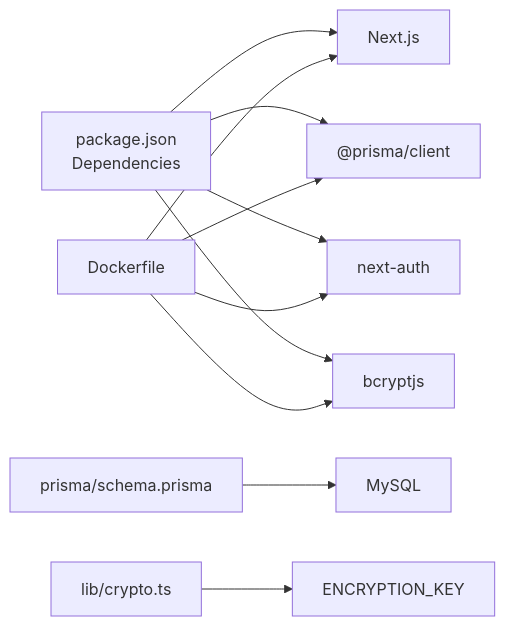
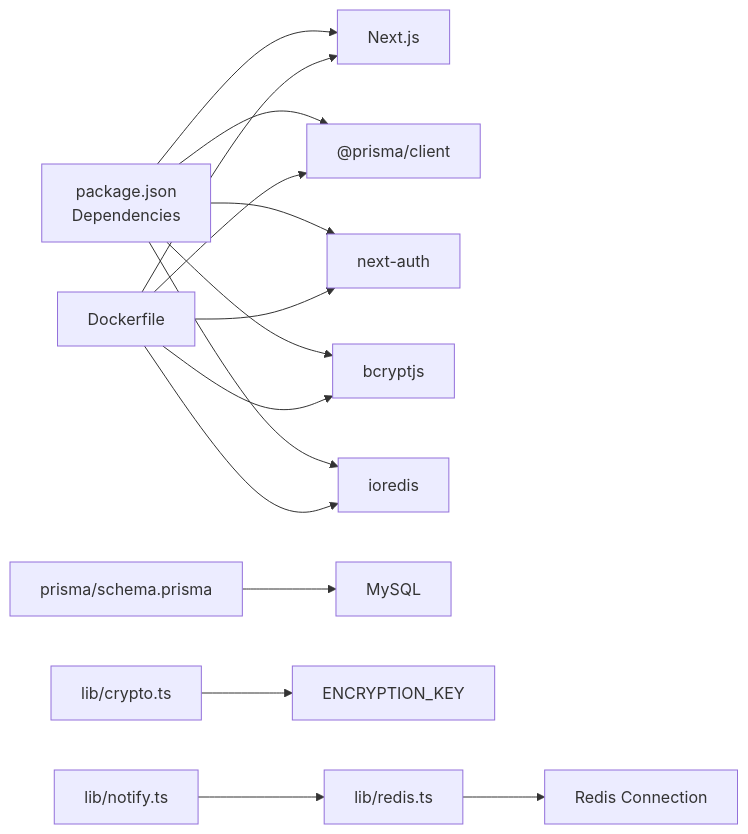
Before and after one commit to jrj444/git-daily: the ninth of 9 diagrams in .qoder/repowiki/en/content/Deployment and Operations/Deployment and Operations.md, drawn with Mermaid. The commit also changed other lines of this file and 6 other files, not shown here.

````diff
--- a/.qoder/repowiki/en/content/Deployment and Operations/Deployment and Operations.md
+++ b/.qoder/repowiki/en/content/Deployment and Operations/Deployment and Operations.md
@@ -385,13 +472,17 @@
 ```mermaid
 graph LR
 Pkg["package.json<br/>Dependencies"] --> Next["Next.js"]
 Pkg --> PrismaDep["@prisma/client"]
 Pkg --> Auth["next-auth"]
 Pkg --> Bcrypt["bcryptjs"]
+Pkg --> RedisLib["ioredis"]
 Docker["Dockerfile"] --> Next
 Docker --> PrismaDep
 Docker --> Auth
 Docker --> Bcrypt
+Docker --> RedisLib
 PrismaSchema["prisma/schema.prisma"] --> DB["MySQL"]
 Crypto["lib/crypto.ts"] --> EncKeys["ENCRYPTION_KEY"]
+RedisSvc["lib/redis.ts"] --> RedisConn["Redis Connection"]
+Notify["lib/notify.ts"] --> RedisSvc
 ```
````
